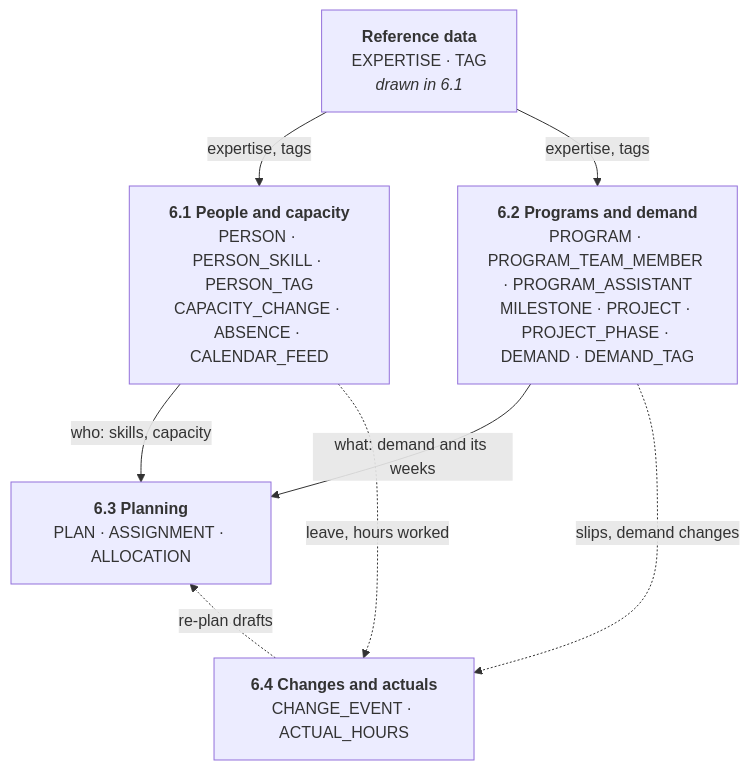
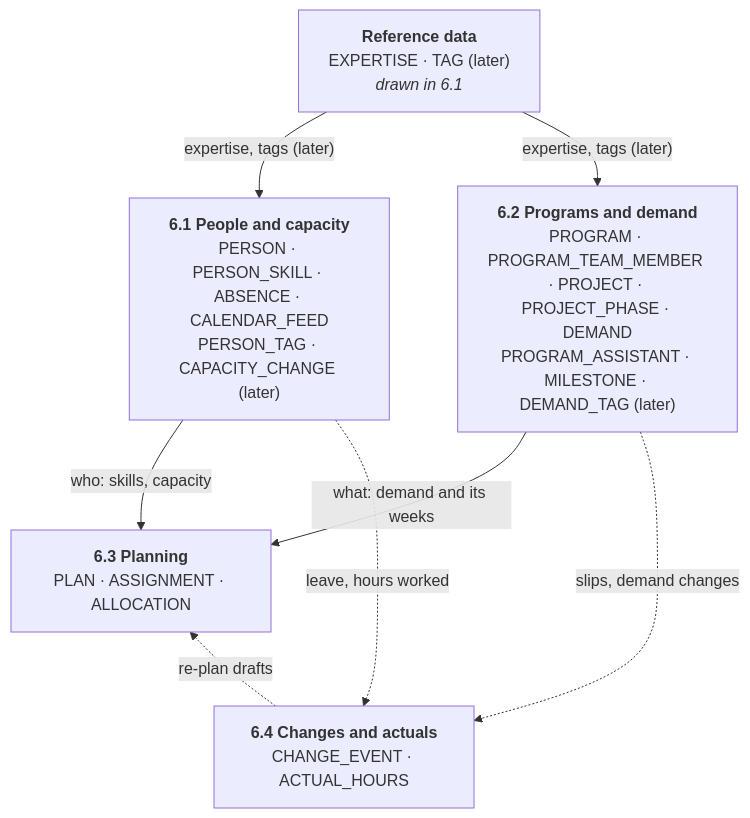
Before and after one commit to dophnamm/the-slot-finder: the fourth of 14 diagrams in README.md, drawn with Mermaid. The commit also changed other lines of this file and 21 other files, not shown here.

First line of the commit message:
docs: match the READMEs, specs and diagrams to the code

````diff
--- a/README.md
+++ b/README.md
@@ -224,17 +224,17 @@
 ```mermaid
 flowchart TB
-  ref["<b>Reference data</b><br/>EXPERTISE · TAG<br/><i>drawn in 6.1</i>"]
-  people["<b>6.1 People and capacity</b><br/>PERSON · PERSON_SKILL · PERSON_TAG<br/>CAPACITY_CHANGE · ABSENCE · CALENDAR_FEED"]
-  work["<b>6.2 Programs and demand</b><br/>PROGRAM · PROGRAM_TEAM_MEMBER · PROGRAM_ASSISTANT<br/>MILESTONE · PROJECT · PROJECT_PHASE · DEMAND · DEMAND_TAG"]
+  ref["<b>Reference data</b><br/>EXPERTISE · TAG (later)<br/><i>drawn in 6.1</i>"]
+  people["<b>6.1 People and capacity</b><br/>PERSON · PERSON_SKILL · ABSENCE · CALENDAR_FEED<br/>PERSON_TAG · CAPACITY_CHANGE (later)"]
+  work["<b>6.2 Programs and demand</b><br/>PROGRAM · PROGRAM_TEAM_MEMBER · PROJECT · PROJECT_PHASE · DEMAND<br/>PROGRAM_ASSISTANT · MILESTONE · DEMAND_TAG (later)"]
   planning["<b>6.3 Planning</b><br/>PLAN · ASSIGNMENT · ALLOCATION"]
   feedback["<b>6.4 Changes and actuals</b><br/>CHANGE_EVENT · ACTUAL_HOURS"]
 
-  ref -->|"expertise, tags"| people
-  ref -->|"expertise, tags"| work
+  ref -->|"expertise, tags (later)"| people
+  ref -->|"expertise, tags (later)"| work
   people -->|"who: skills, capacity"| planning
   work -->|"what: demand and its weeks"| planning
   planning ~~~ feedback
   feedback -.->|"re-plan drafts"| planning
   people -.->|"leave, hours worked"| feedback
   work -.->|"slips, demand changes"| feedback
 ```
````
